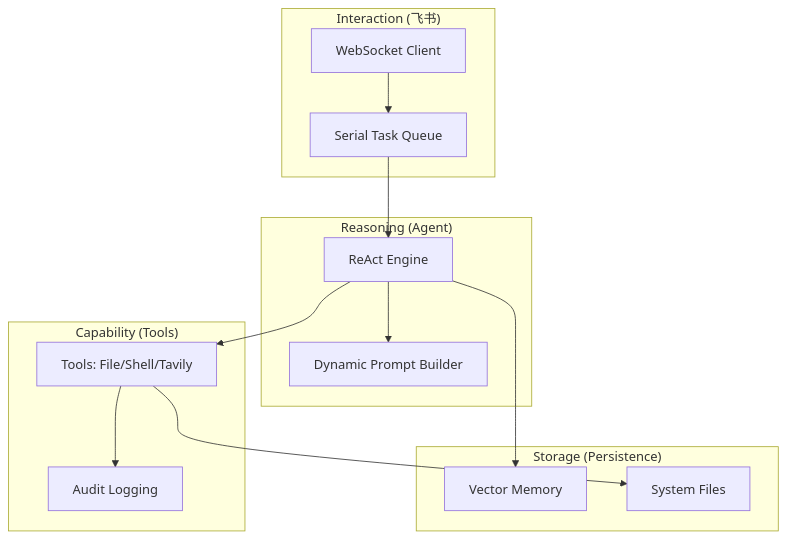
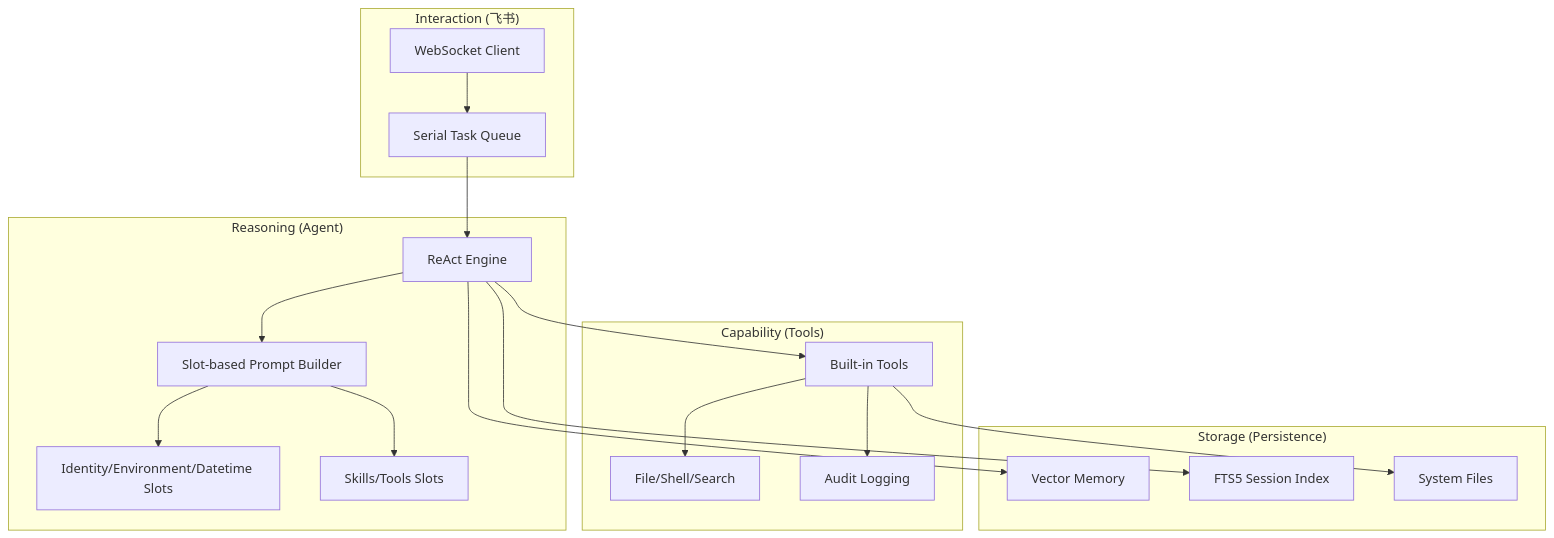
The diagram in README.md (zx2015/r_man), drawn with Mermaid before and after one commit. The commit also changed other lines of this file, not shown here.

Commit message:
docs: update README with slot-based prompt, fallback, skills, and FTS5 search

````diff
--- a/README.md
+++ b/README.md
@@ -35,18 +34,22 @@
 ```mermaid
 graph TD
     subgraph "Interaction (飞书)"
         A[WebSocket Client] --> B[Serial Task Queue]
     end
     subgraph "Reasoning (Agent)"
         B --> C[ReAct Engine]
-        C --> D[Dynamic Prompt Builder]
+        C --> D[Slot-based Prompt Builder]
+        D --> D1[Identity/Environment/Datetime Slots]
+        D --> D2[Skills/Tools Slots]
     end
     subgraph "Capability (Tools)"
-        C --> E[Tools: File/Shell/Tavily]
+        C --> E[Built-in Tools]
+        E --> E1[File/Shell/Search]
         E --> F[Audit Logging]
     end
     subgraph "Storage (Persistence)"
-        C --> G[Vector Memory]
+        C --> G1[Vector Memory]
+        C --> G2[FTS5 Session Index]
         E --> H[System Files]
     end
 ```
````
